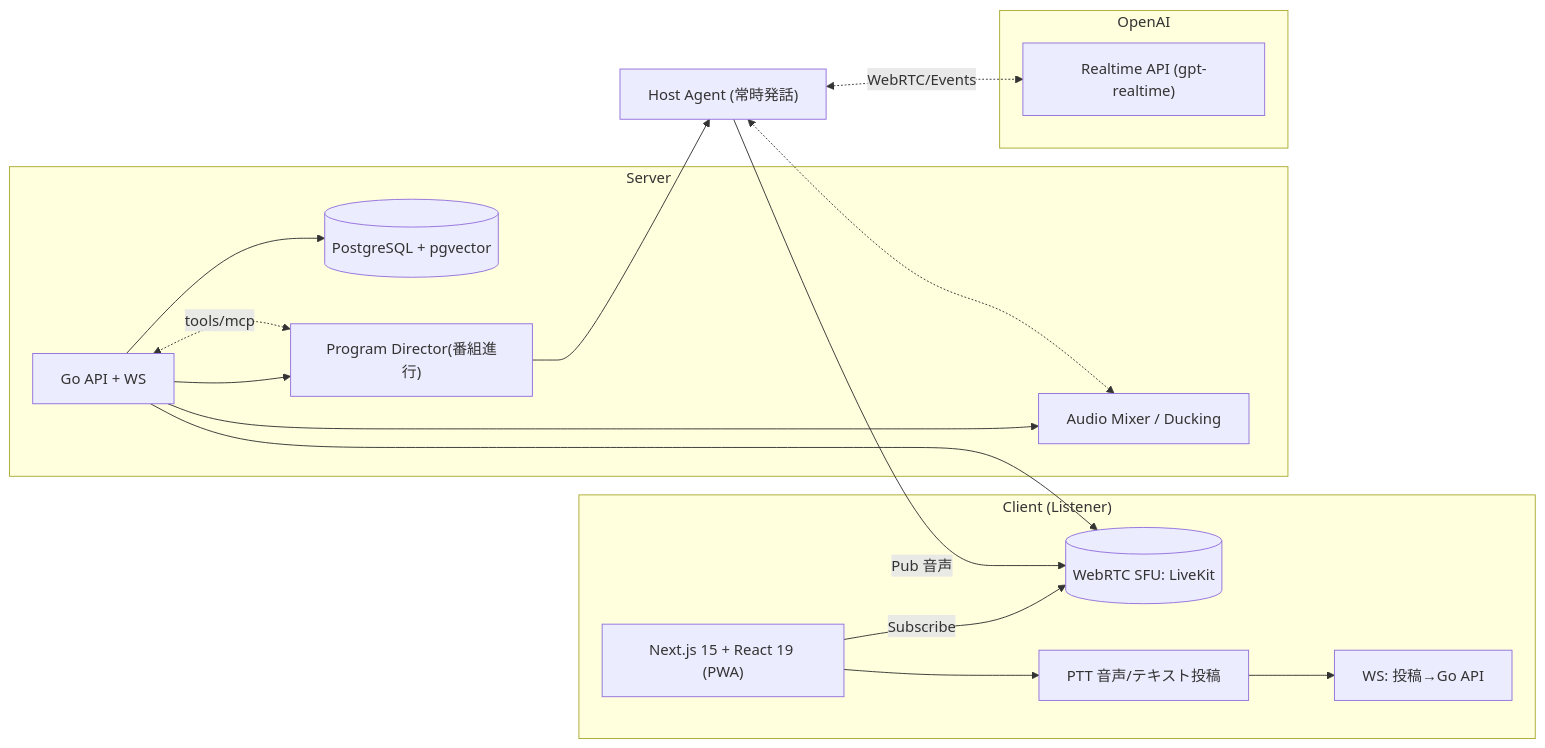
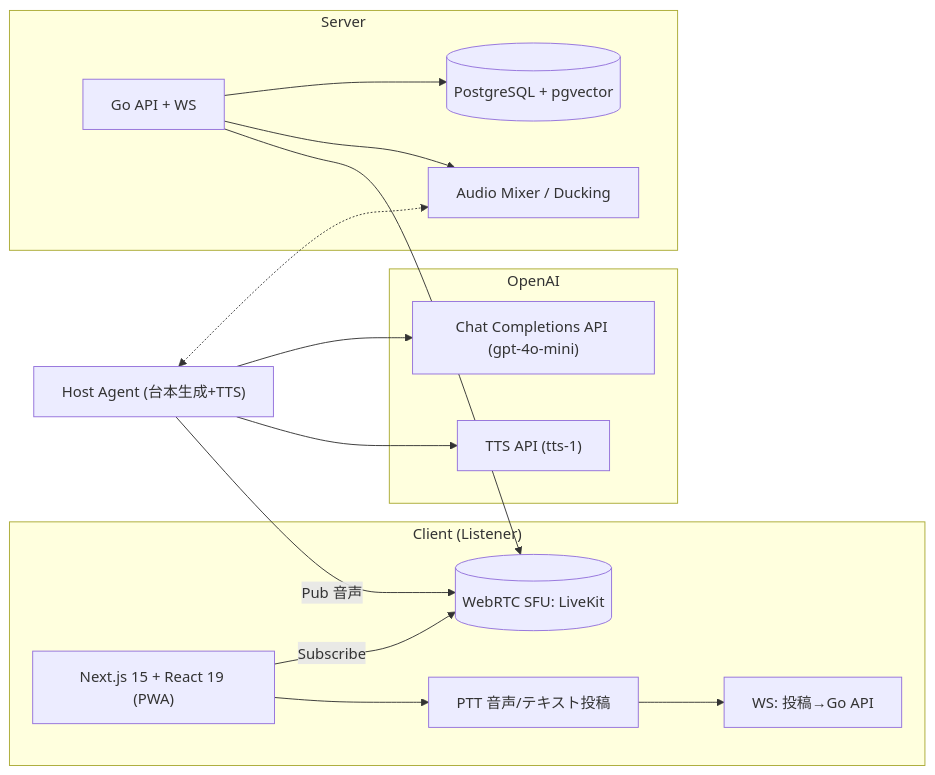
Before and after one commit to IzmYuta/Hacz_Ichthyo: the first of 2 diagrams in docs/仕様書_v2.md, drawn with Mermaid. The commit also changed other lines of this file and 4 other files, not shown here.

````diff
--- a/docs/仕様書_v2.md
+++ b/docs/仕様書_v2.md
@@ -32,25 +37,24 @@
 ```mermaid
 flowchart LR
   subgraph Client["Client (Listener)"]
     UI["Next.js 15 + React 19 (PWA)"] -->|Subscribe| SFU[("WebRTC SFU: LiveKit")]
     UI --> PTT["PTT 音声/テキスト投稿"]
     PTT --> WS["WS: 投稿→Go API"]
   end
 
   subgraph Server["Server"]
     API["Go API + WS"] --> DB[("PostgreSQL + pgvector")]
-    API --> Dir["Program Director(番組進行)"]
     API --> Mixer["Audio Mixer / Ducking"]
     API --> SFU
   end
 
   subgraph OpenAI["OpenAI"]
-    RT["Realtime API (gpt-realtime)"]
+    CHAT["Chat Completions API (gpt-4o-mini)"]
+    TTS["TTS API (tts-1)"]
   end
 
-  Host["Host Agent (常時発話)"] -->|"Pub 音声"| SFU
+  Host["Host Agent (台本生成+TTS)"] -->|"Pub 音声"| SFU
   Host <-.-> Mixer
-  Host <-."WebRTC/Events".-> RT
-  Dir <-."tools/mcp".-> API
-  Dir --> Host
+  Host --> CHAT
+  Host --> TTS
 ```
````
